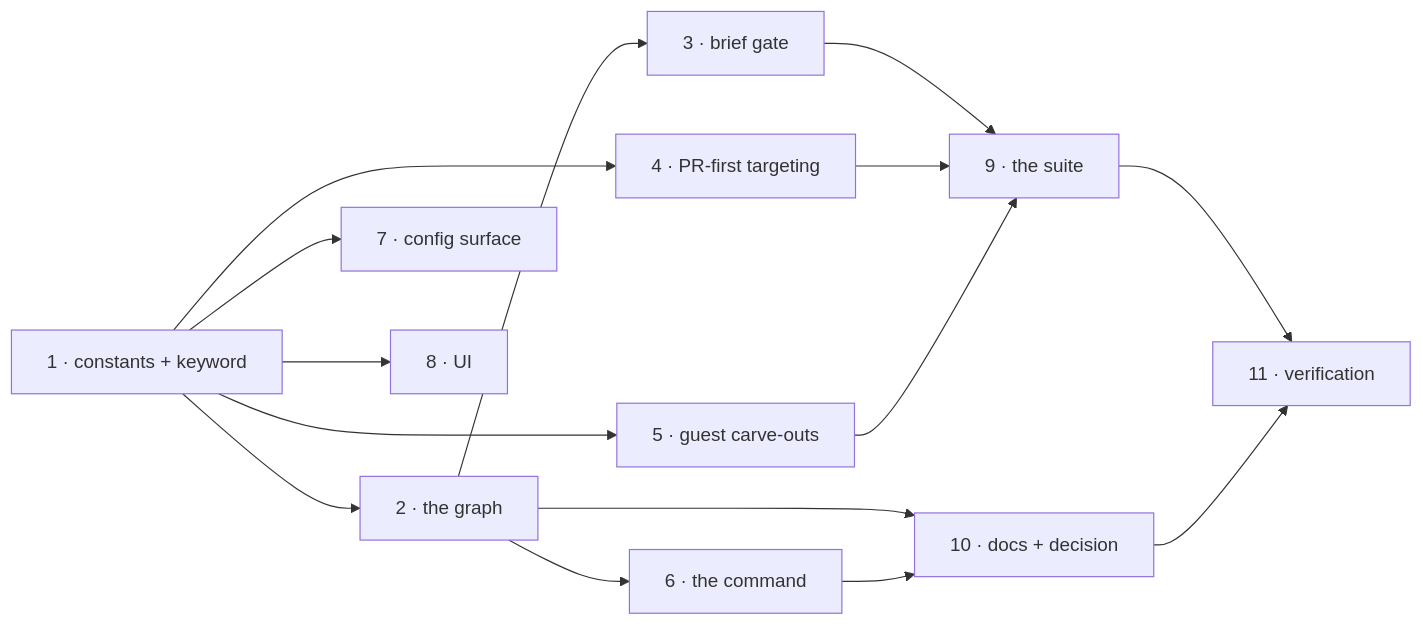
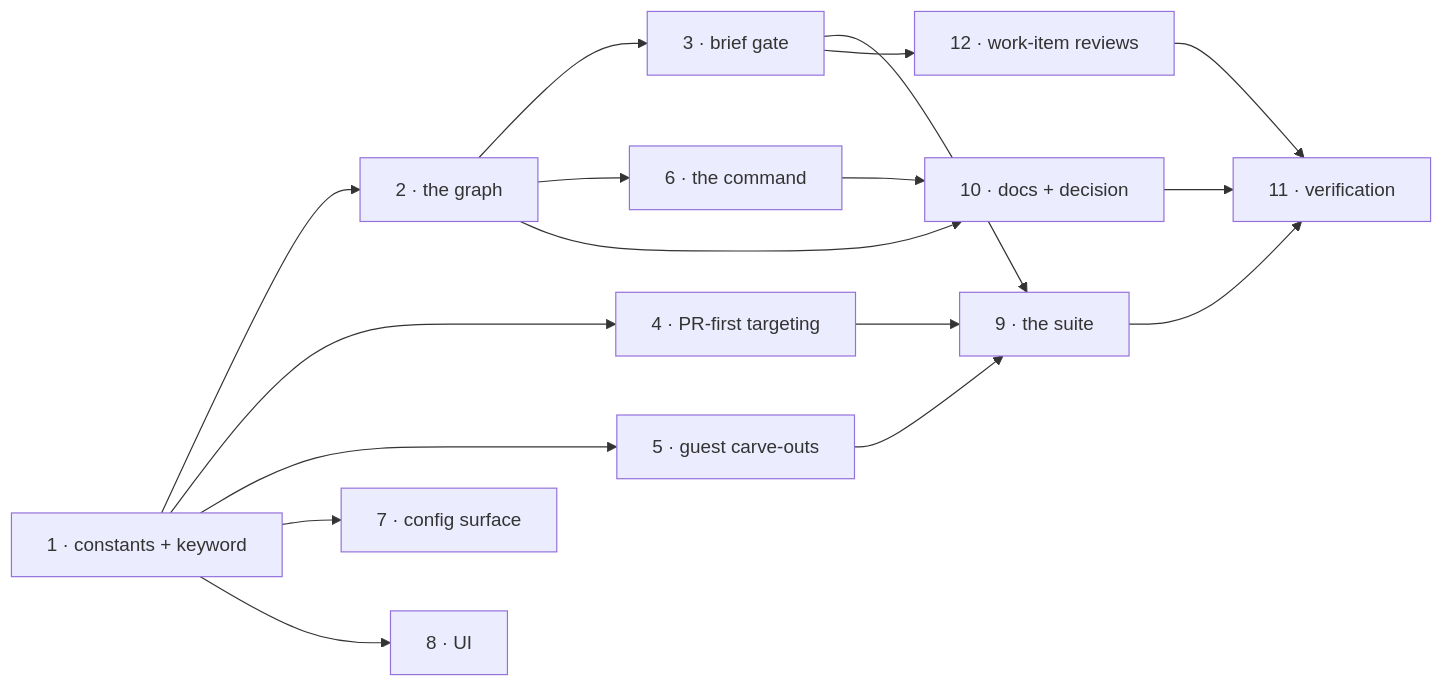
One commit to MadaraUchiha-314/the-loop changed the diagram in docs/specs/issue-279/tasks.md. Above: the diagram before and after it, drawn with Mermaid. The commit also changed other lines of this file and 20 other files, not shown here.

First line of the commit message:
feat(issue-279): work-item-level reviews — one review across all the PRs

````diff
--- a/docs/specs/issue-279/tasks.md
+++ b/docs/specs/issue-279/tasks.md
@@ -113,17 +126,19 @@
 ```mermaid
 flowchart LR
   T1[1 · constants + keyword] --> T2[2 · the graph]
   T2 --> T3[3 · brief gate]
   T1 --> T4[4 · PR-first targeting]
   T1 --> T5[5 · guest carve-outs]
   T2 --> T6[6 · the command]
   T1 --> T7[7 · config surface]
   T1 --> T8[8 · UI]
   T3 --> T9[9 · the suite]
   T4 --> T9
   T5 --> T9
   T2 --> T10[10 · docs + decision]
   T6 --> T10
   T9 --> T11[11 · verification]
   T10 --> T11
+  T3 --> T12[12 · work-item reviews]
+  T12 --> T11
 ```
````
